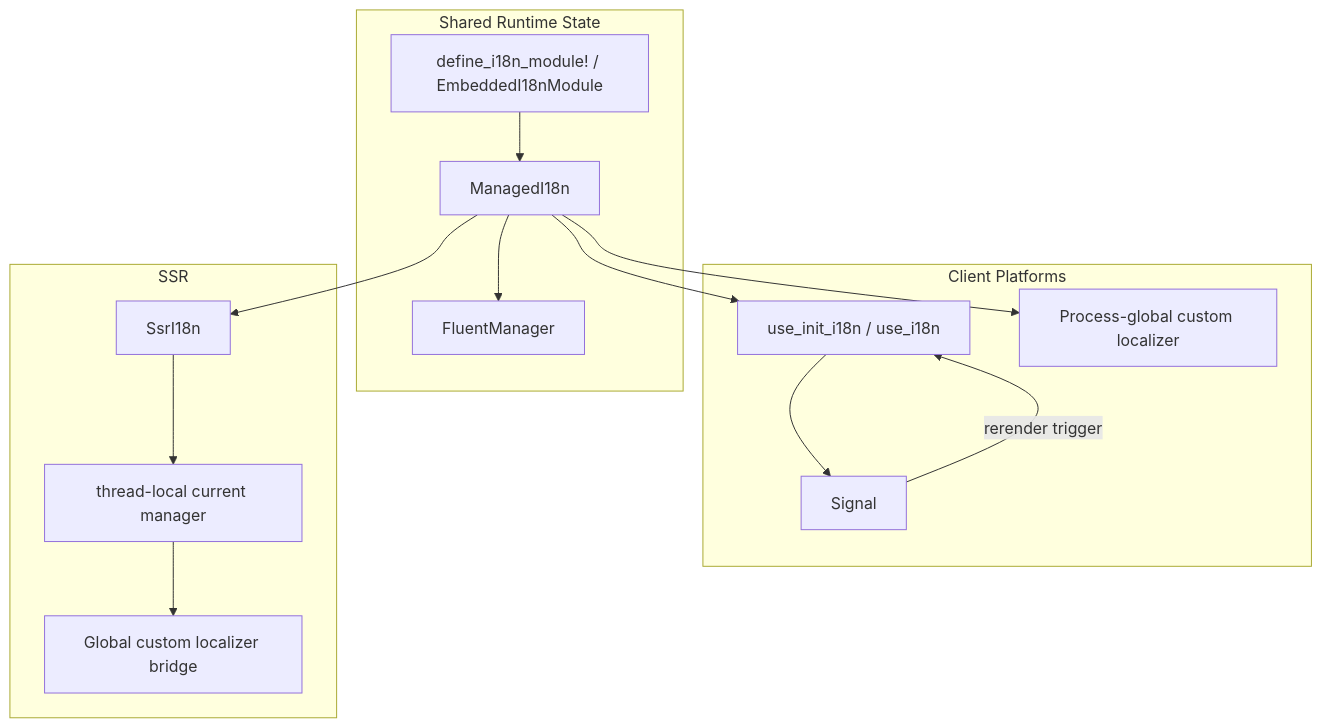
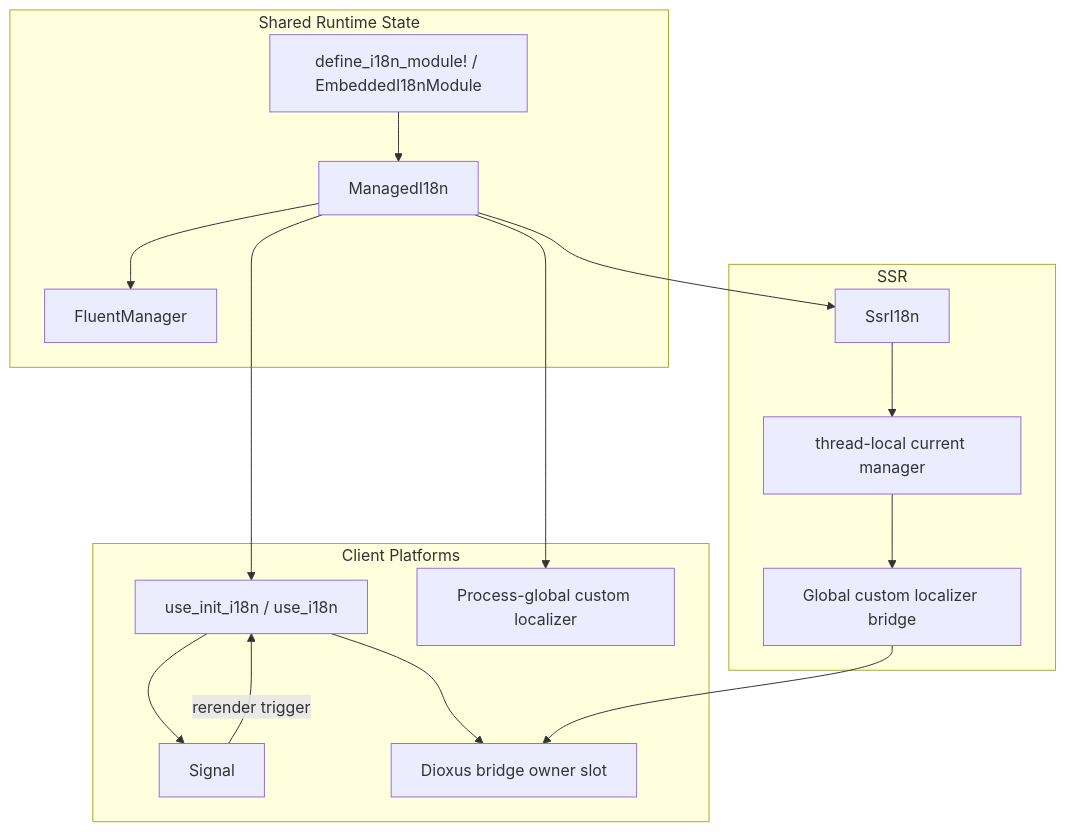
The diagram in crates/es-fluent-manager-dioxus/docs/ARCHITECTURE.md (stayhydated/es-fluent), drawn with Mermaid before and after one commit. The commit also changed other lines of this file and 11 other files, not shown here.

````diff
--- a/crates/es-fluent-manager-dioxus/docs/ARCHITECTURE.md
+++ b/crates/es-fluent-manager-dioxus/docs/ARCHITECTURE.md
@@ -28,32 +28,35 @@
 ```mermaid
 flowchart TD
     subgraph SHARED["Shared Runtime State"]
         MANAGED["ManagedI18n"]
         CORE["FluentManager"]
         EMBED["define_i18n_module! / EmbeddedI18nModule"]
     end
 
     subgraph CLIENT["Client Platforms"]
         HOOK["use_init_i18n / use_i18n"]
         SIGNAL["Signal<LanguageIdentifier>"]
         GLOBAL["Process-global custom localizer"]
+        OWNER["Dioxus bridge owner slot"]
     end
 
     subgraph SSR["SSR"]
         SSRI18N["SsrI18n"]
         TLS["thread-local current manager"]
         SSRGLOBAL["Global custom localizer bridge"]
     end
 
     EMBED --> MANAGED
     MANAGED --> CORE
 
     MANAGED --> HOOK
     HOOK --> SIGNAL
     MANAGED --> GLOBAL
     SIGNAL -->|rerender trigger| HOOK
+    HOOK --> OWNER
 
     MANAGED --> SSRI18N
     SSRI18N --> TLS
     TLS --> SSRGLOBAL
+    SSRGLOBAL --> OWNER
 ```
````
